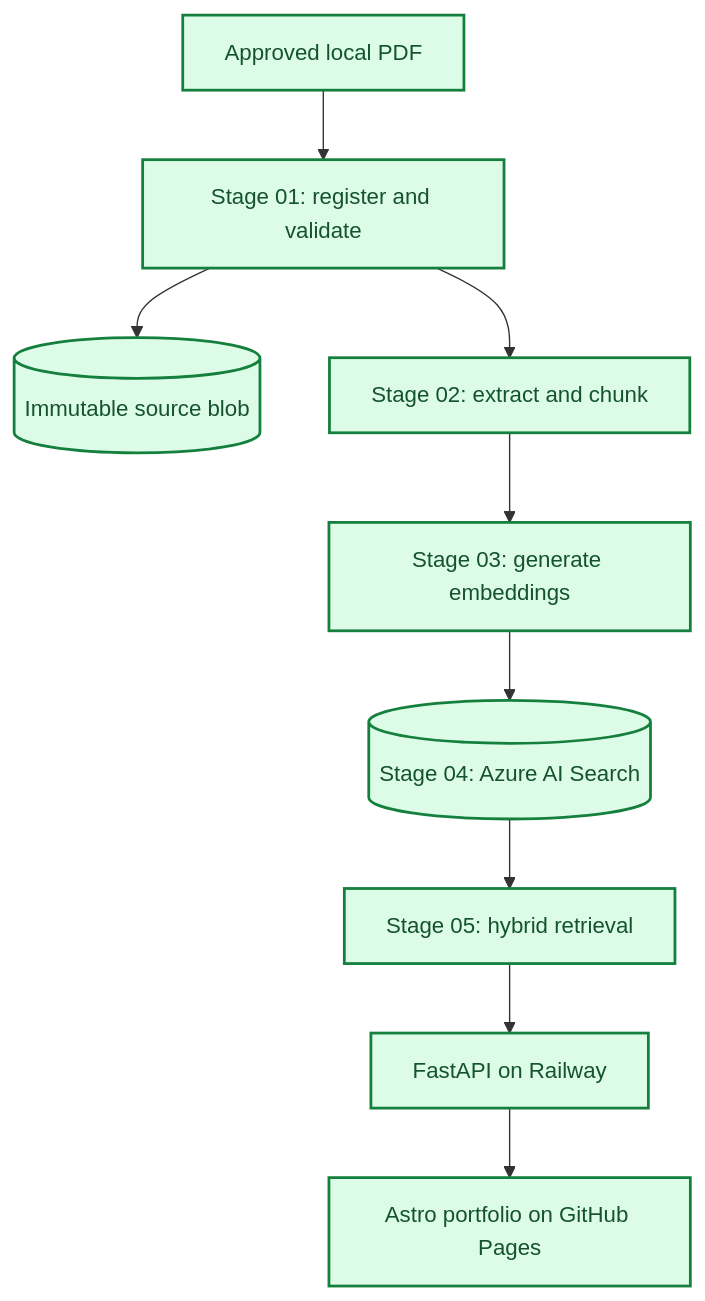
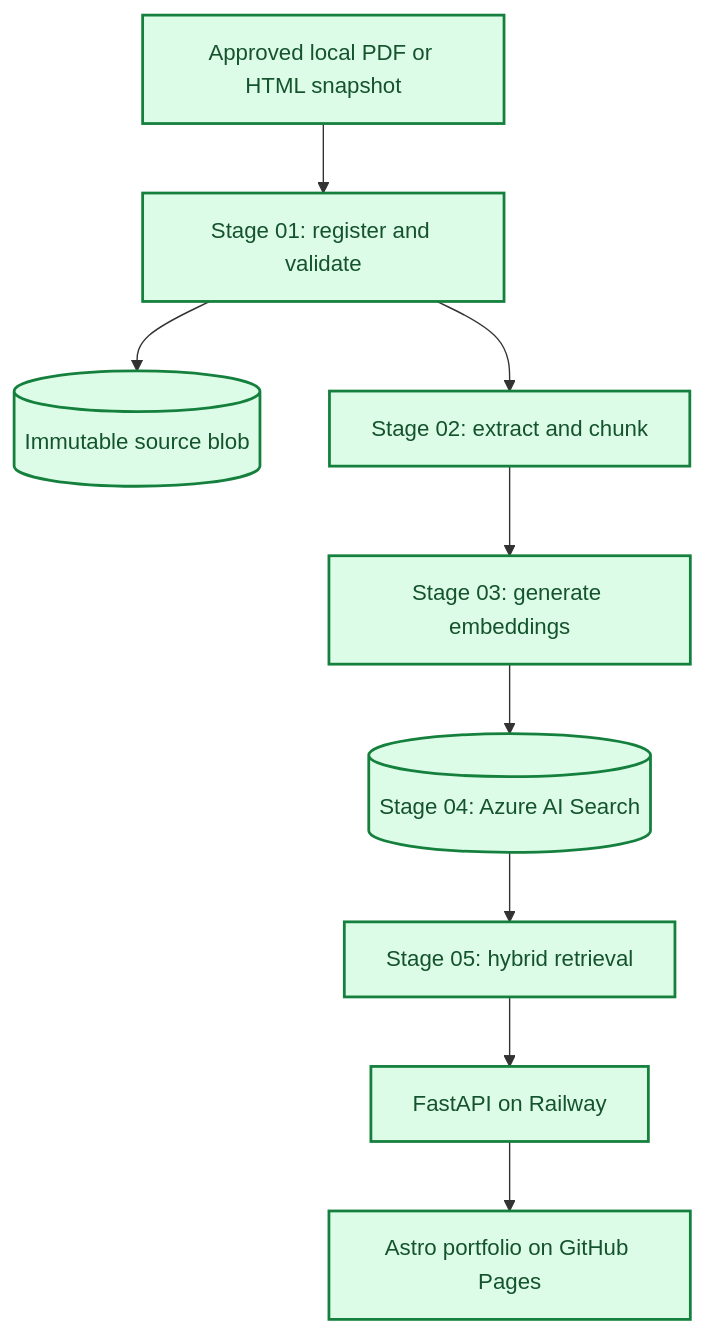
One commit to kenjihilasak/uol-finance-ai-assistant changed the first of 3 diagrams in docs/overview/project-architecture.md. Above: the diagram before and after it, drawn with Mermaid. The commit also changed other lines of this file and 22 other files, not shown here.

````diff
--- a/docs/overview/project-architecture.md
+++ b/docs/overview/project-architecture.md
@@ -21,27 +21,27 @@
 ```mermaid
 flowchart TB
     classDef implemented fill:#DCFCE7,stroke:#15803D,color:#14532D,stroke-width:2px
     classDef provisioned fill:#FEF3C7,stroke:#B45309,color:#78350F,stroke-width:2px
     classDef planned fill:#F1F5F9,stroke:#64748B,color:#334155,stroke-width:2px,stroke-dasharray:5 5
 
-    source[Approved local PDF]
+    source[Approved local PDF or HTML snapshot]
     ingest[Stage 01: register and validate]
     sourceBlob[(Immutable source blob)]
     process[Stage 02: extract and chunk]
     vectors[Stage 03: generate embeddings]
     search[(Stage 04: Azure AI Search)]
     retrieval[Stage 05: hybrid retrieval]
     rag[FastAPI on Railway]
     ui[Astro portfolio on GitHub Pages]
 
     source --> ingest
     ingest --> sourceBlob
     ingest --> process
     process --> vectors
     vectors --> search
     search --> retrieval
     retrieval --> rag
     rag --> ui
 
     class source,ingest,sourceBlob,process,vectors,search,retrieval,rag,ui implemented
 ```
````
